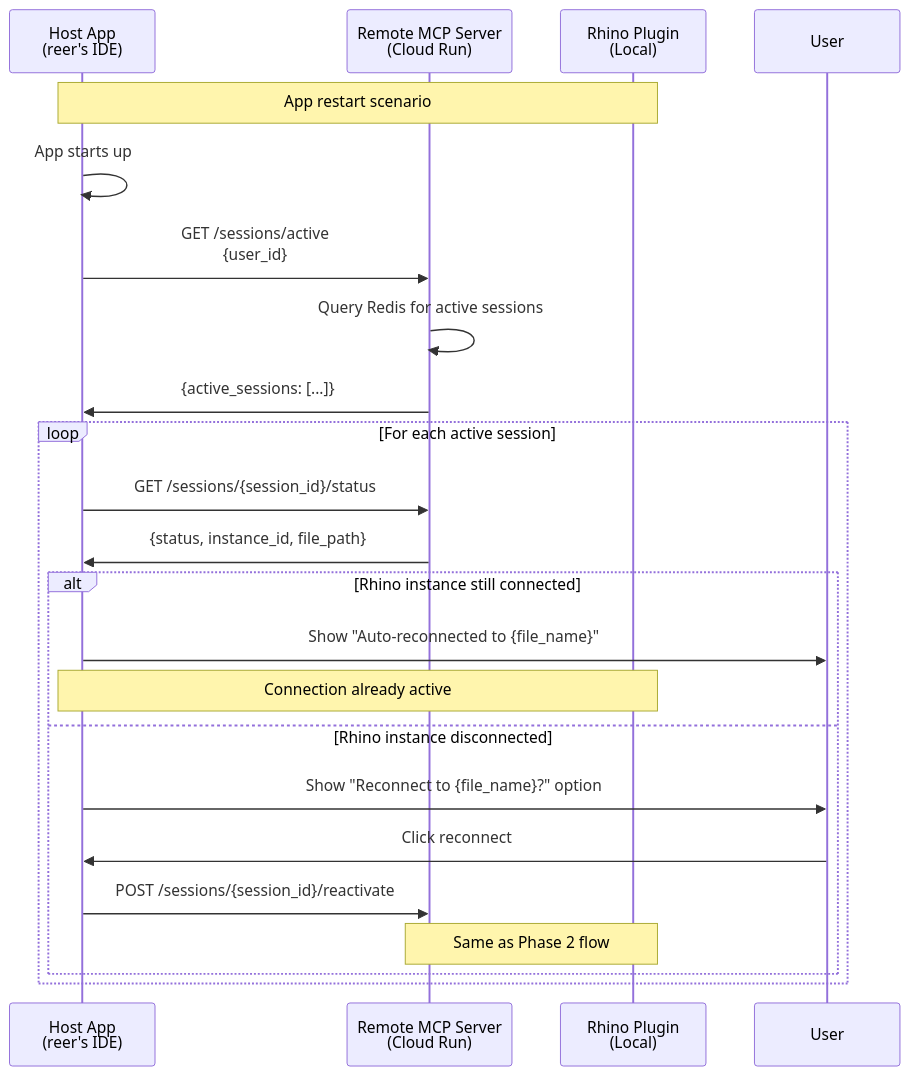
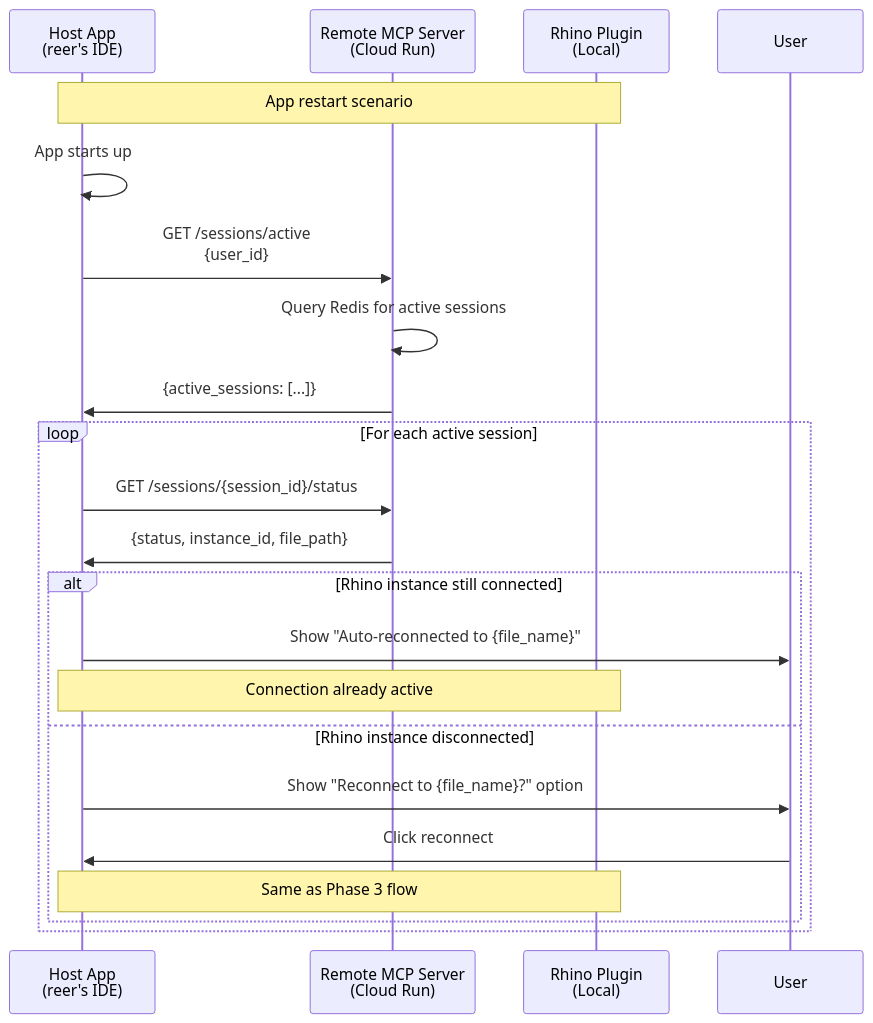
The fourth of 4 diagrams in docs/architecture.md (reer-ide/rhino_mcp_remote), drawn with Mermaid before and after one commit. The commit also changed other lines of this file and 7 other files, not shown here.

Commit message:
move file validation to local Rhino plugin; Update connection UX flow diagrams.

````diff
--- a/docs/architecture.md
+++ b/docs/architecture.md
@@ -143,28 +206,27 @@
 ```mermaid
 sequenceDiagram
     participant HostApp as Host App<br/>(reer's IDE)
     participant RemoteServer as Remote MCP Server<br/>(Cloud Run)
     participant RhinoPlugin as Rhino Plugin<br/>(Local)
     
     Note over HostApp,RhinoPlugin: App restart scenario
     
     HostApp->>HostApp: App starts up
     HostApp->>RemoteServer: GET /sessions/active<br/>{user_id}
     RemoteServer->>RemoteServer: Query Redis for active sessions
     RemoteServer->>HostApp: {active_sessions: [...]}
     
     loop For each active session
         HostApp->>RemoteServer: GET /sessions/{session_id}/status
         RemoteServer->>HostApp: {status, instance_id, file_path}
         
         alt Rhino instance still connected
             HostApp->>User: Show "Auto-reconnected to {file_name}"
             Note over HostApp,RhinoPlugin: Connection already active
         else Rhino instance disconnected
             HostApp->>User: Show "Reconnect to {file_name}?" option
             User->>HostApp: Click reconnect
-            HostApp->>RemoteServer: POST /sessions/{session_id}/reactivate
-            Note over RemoteServer,RhinoPlugin: Same as Phase 2 flow
+            Note over HostApp,RhinoPlugin: Same as Phase 3 flow
         end
     end
 ```
````
